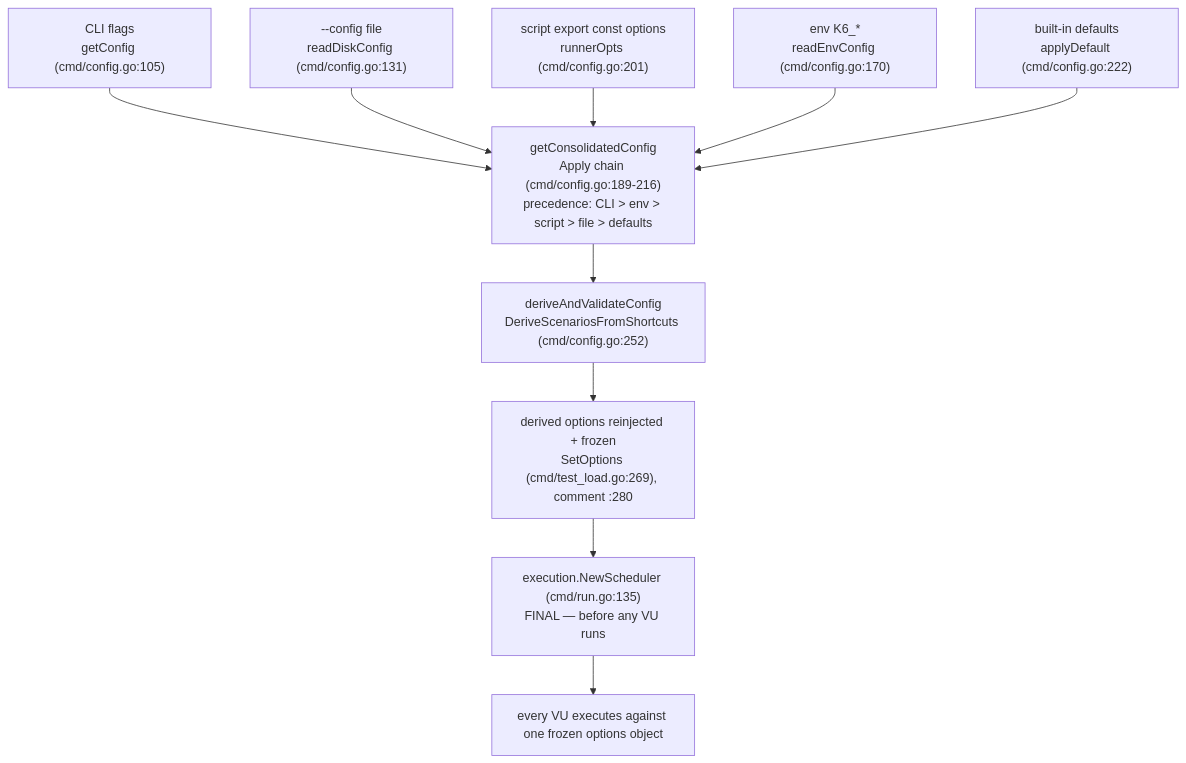
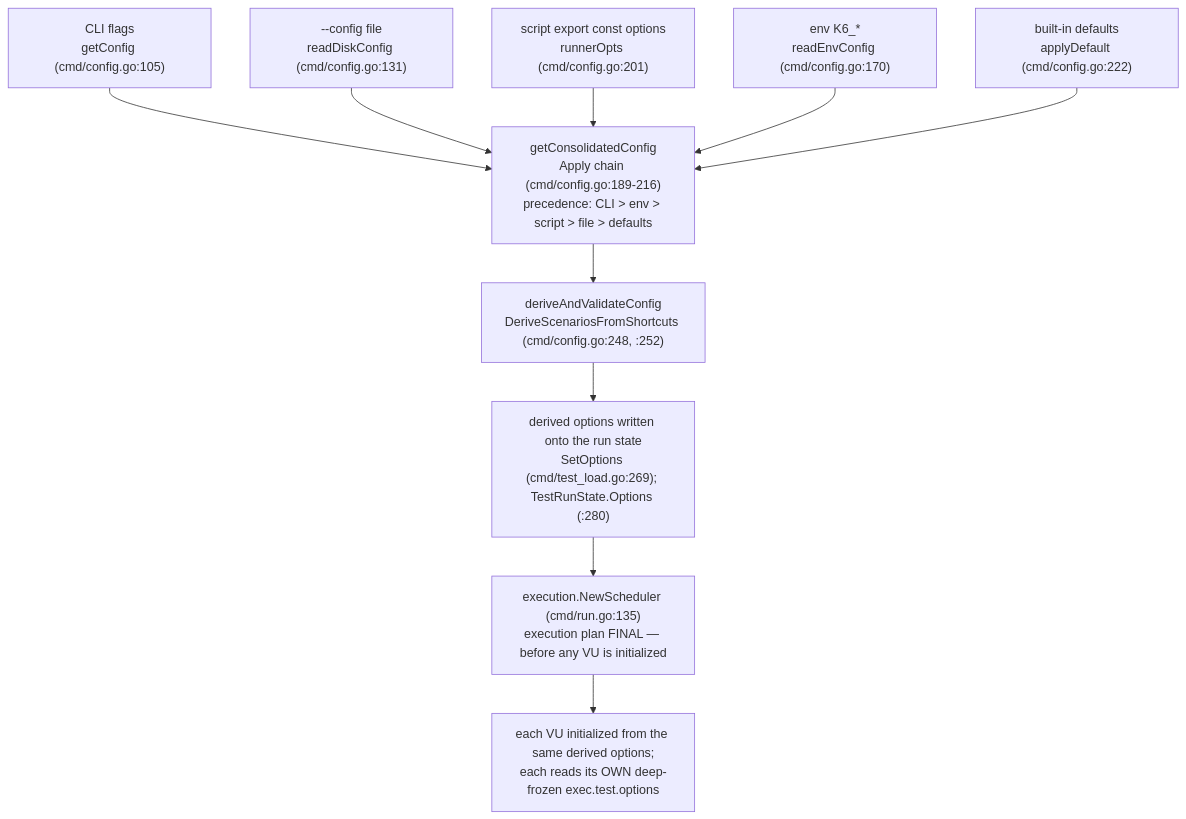
One commit to blitzy-research/k6 changed the diagram in blitzy/documentation/k6_ddc3b0b1d23c.md. Above: the diagram before and after it, drawn with Mermaid. The commit also changed other lines of this file, not shown here.

````diff
--- a/blitzy/documentation/k6_ddc3b0b1d23c.md
+++ b/blitzy/documentation/k6_ddc3b0b1d23c.md
@@ -93,13 +127,13 @@
 ```mermaid
 flowchart TD
     A["CLI flags<br/>getConfig (cmd/config.go:105)"] --> M
     B["--config file<br/>readDiskConfig (cmd/config.go:131)"] --> M
     C["script export const options<br/>runnerOpts (cmd/config.go:201)"] --> M
     D["env K6_*<br/>readEnvConfig (cmd/config.go:170)"] --> M
     E["built-in defaults<br/>applyDefault (cmd/config.go:222)"] --> M
     M["getConsolidatedConfig<br/>Apply chain (cmd/config.go:189-216)<br/>precedence: CLI &gt; env &gt; script &gt; file &gt; defaults"] --> N
-    N["deriveAndValidateConfig<br/>DeriveScenariosFromShortcuts (cmd/config.go:252)"] --> O
-    O["derived options reinjected + frozen<br/>SetOptions (cmd/test_load.go:269), comment :280"] --> P
-    P["execution.NewScheduler (cmd/run.go:135)<br/>FINAL — before any VU runs"] --> Q
-    Q["every VU executes against one frozen options object"]
+    N["deriveAndValidateConfig<br/>DeriveScenariosFromShortcuts (cmd/config.go:248, :252)"] --> O
+    O["derived options written onto the run state<br/>SetOptions (cmd/test_load.go:269); TestRunState.Options (:280)"] --> P
+    P["execution.NewScheduler (cmd/run.go:135)<br/>execution plan FINAL — before any VU is initialized"] --> Q
+    Q["each VU initialized from the same derived options;<br/>each reads its OWN deep-frozen exec.test.options"]
 ```
````
